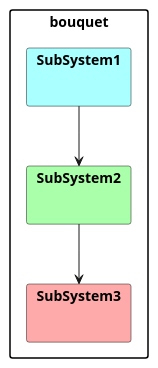
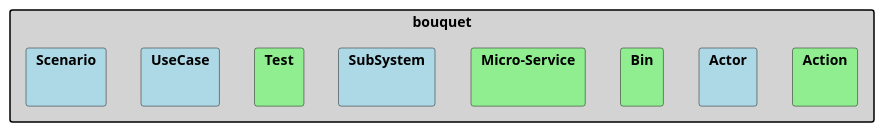
Before and after one commit to madajaju/bouquet: the diagram in docs/Architecture.puml, drawn with PlantUML. The commit also changed 63 other files, not shown here.

```diff
--- a/docs/Architecture.puml
+++ b/docs/Architecture.puml
@@ -1,18 +1,24 @@
 @startuml
 
 skinparam packageStyle rect
 
-package bouquet {
-package "SubSystem1" #aaffff {
-}
-package "SubSystem2" #aaffaa {
-}
-package "SubSystem3" #ffaaaa {
-}
+package bouquet #lightgray {
+    package "Action" #lightgreen {
+    }
+    package "Actor" #lightblue {
+    }
+    package "Bin" #lightgreen {
+    }
+    package "Micro-Service" #lightgreen {
+    }
+    package "SubSystem" #lightblue {
+    }
+    package "Test" #lightgreen {
+    }
+    package "UseCase" #lightblue {
+    }
+    package "Scenario" #lightblue {
+    }
 }
 
-SubSystem1 --> SubSystem2
-SubSystem2 --> SubSystem3
-
-
 @enduml
```
